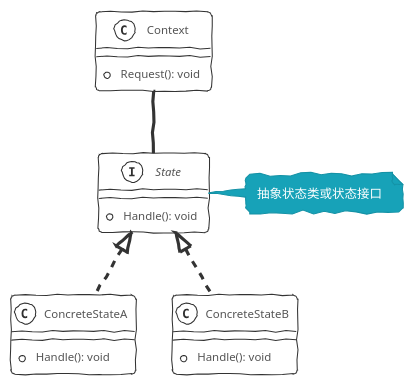
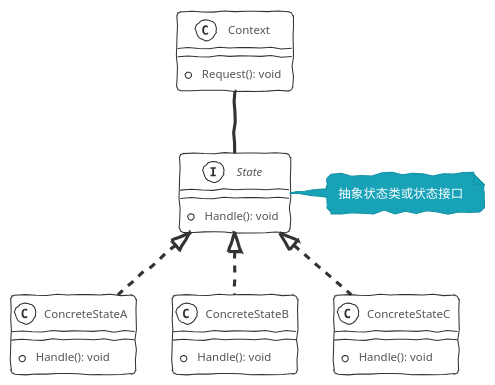
One commit to xiahubs/xiahubs.github.io changed the diagram in source/_posts/DesignPatterns/state.md. Above: the diagram before and after it, drawn with PlantUML. The commit also changed 18 other files, not shown here.

```diff
--- a/source/_posts/DesignPatterns/state.md
+++ b/source/_posts/DesignPatterns/state.md
@@ -8,29 +8,36 @@
 {% plantuml %}
 !theme sketchy-outline
 
 interface State
 {
   + Handle(): void
 }
 note right: 抽象状态类或状态接口
 
 class ConcreteStateA
 {
   + Handle(): void
 }
 
 class ConcreteStateB
 {
   + Handle(): void
 }
 
+class ConcreteStateC
+{
+  + Handle(): void
+}
+
+
 class Context
 {
   + Request(): void
 }
 
 Context -- State
 State <|.. ConcreteStateA
 State <|.. ConcreteStateB
+State <|.. ConcreteStateC
 
 {% endplantuml %}
```
